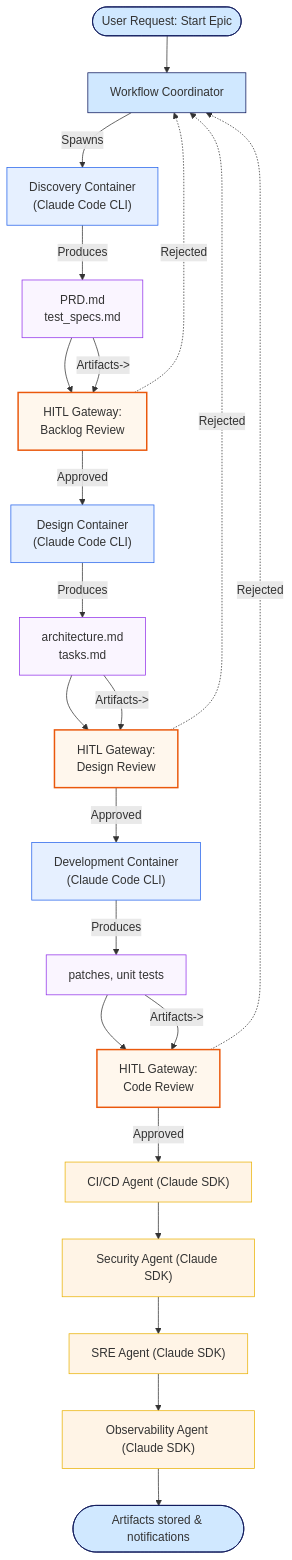
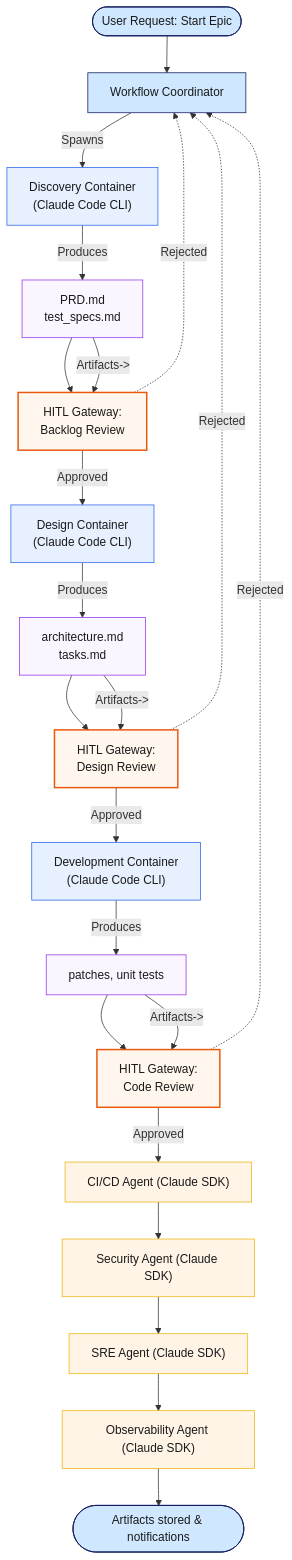
One commit to jb-612/dox-asdlc changed the diagram in docker/hitl-ui/public/docs/diagrams/00-reference-pipeline.mmd. Above: the diagram before and after it, drawn with Mermaid. The commit also changed 36 other files, not shown here.

```diff
--- a/docker/hitl-ui/public/docs/diagrams/00-reference-pipeline.mmd
+++ b/docker/hitl-ui/public/docs/diagrams/00-reference-pipeline.mmd
@@ -1,37 +1,37 @@
 flowchart TD
 Start(["User Request: Start Epic"])
     --> Coordinator["Workflow Coordinator"]
     -->|Spawns| DiscoveryCLI["Discovery Container\n(Claude Code CLI)"]
     -->|Produces| PRD["PRD.md\ntest_specs.md"]
     --> HITL1["HITL Gateway:\nBacklog Review"]
     -->|Approved| DesignCLI["Design Container\n(Claude Code CLI)"]
     -->|Produces| DesignDocs["architecture.md\ntasks.md"]
     --> HITL2["HITL Gateway:\nDesign Review"]
     -->|Approved| DevCLI["Development Container\n(Claude Code CLI)"]
     -->|Produces| Patch["patches, unit tests"]
     --> HITL3["HITL Gateway:\nCode Review"]
     -->|Approved| CICD["CI/CD Agent (Claude SDK)"]
     --> Security["Security Agent (Claude SDK)"]
     --> SRE["SRE Agent (Claude SDK)"]
     --> Observability["Observability Agent (Claude SDK)"]
     --> Done(["Artifacts stored & notifications"])
 
     %% Links for artifact flow
     PRD -->|Artifacts->| HITL1
     DesignDocs -->|Artifacts->| HITL2
     Patch -->|Artifacts->| HITL3
     HITL1 -.->|Rejected| Coordinator
     HITL2 -.->|Rejected| Coordinator
     HITL3 -.->|Rejected| Coordinator
 
-    %% Styling
-    classDef hitl fill:#FFF7ED,stroke:#EA580C,stroke-width:2px;
+    %% Styling - explicit dark text color for visibility in both themes
+    classDef hitl fill:#FFF7ED,stroke:#EA580C,stroke-width:2px,color:#1a1a1a;
     class HITL1,HITL2,HITL3 hitl;
-    classDef cli fill:#E6F0FF,stroke:#2563eb;
+    classDef cli fill:#E6F0FF,stroke:#2563eb,color:#1a1a1a;
     class DiscoveryCLI,DesignCLI,DevCLI cli;
-    classDef sdk fill:#FFF4E6,stroke:#eab308;
+    classDef sdk fill:#FFF4E6,stroke:#eab308,color:#1a1a1a;
     class CICD,Security,SRE,Observability sdk;
-    classDef art fill:#faf5ff,stroke:#9333ea;
+    classDef art fill:#faf5ff,stroke:#9333ea,color:#1a1a1a;
     class PRD,DesignDocs,Patch art;
-    classDef coord fill:#D0E8FF,stroke:#0b1559;
+    classDef coord fill:#D0E8FF,stroke:#0b1559,color:#1a1a1a;
     class Coordinator,Start,Done coord;
```
